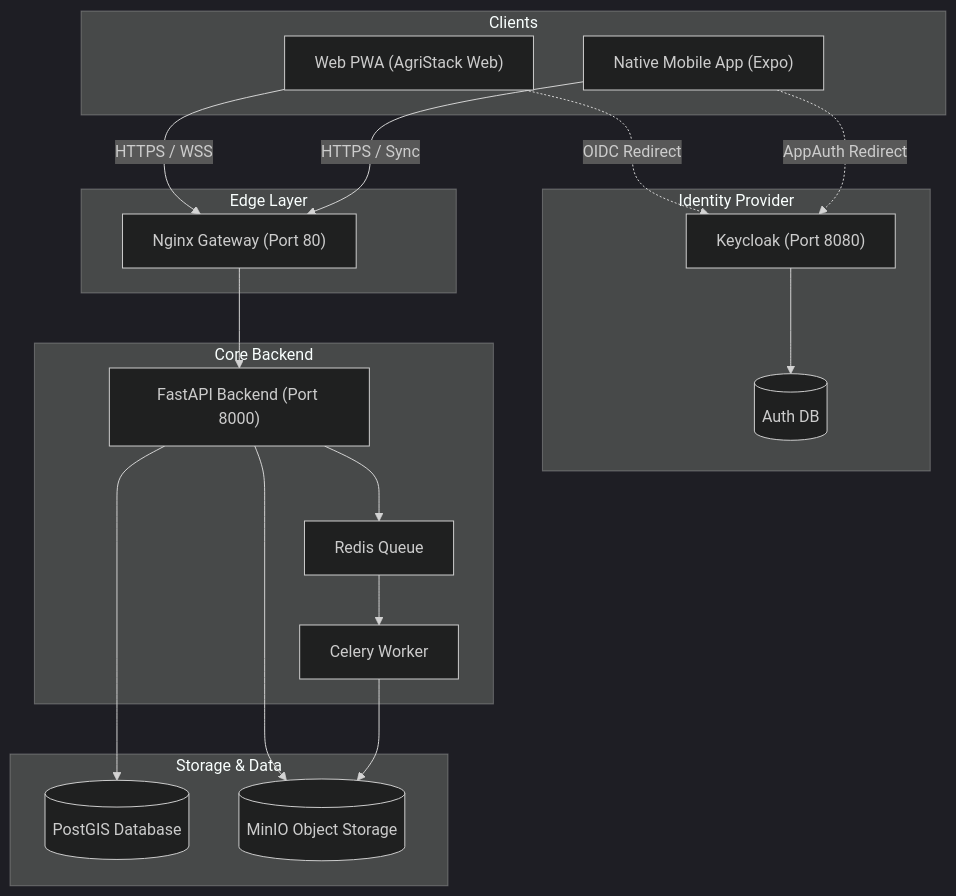
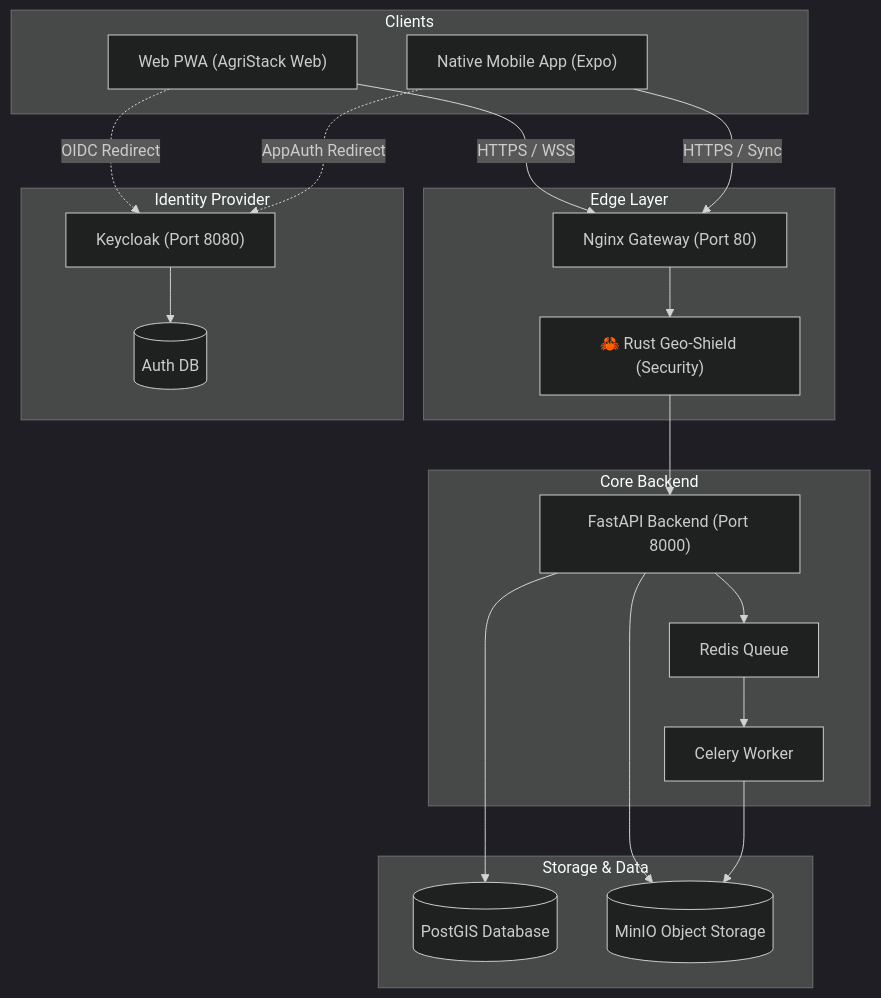
Before and after one commit to internetartsy/JK: the diagram in documentation/Architecture_Stack/FRONTEND_ECOSYSTEM_MASTER.md, drawn with Mermaid (dark theme). The commit also changed 2 other files, not shown here.

Commit message:
Arch: Add Rust Geo-Shield security architecture and initial scaffolding

````diff
--- a/documentation/Architecture_Stack/FRONTEND_ECOSYSTEM_MASTER.md
+++ b/documentation/Architecture_Stack/FRONTEND_ECOSYSTEM_MASTER.md
@@ -13,44 +13,46 @@
 ```mermaid
 graph TD
     subgraph Clients
         PWA["Web PWA (AgriStack Web)"]
         Mobile["Native Mobile App (Expo)"]
     end
 
     subgraph "Edge Layer"
         Nginx["Nginx Gateway (Port 80)"]
+        RustShield["🦀 Rust Geo-Shield (Security)"]
     end
 
     subgraph "Identity Provider"
         KC["Keycloak (Port 8080)"]
         DB_KC[("Auth DB")]
         KC --> DB_KC
     end
 
     subgraph "Core Backend"
         API["FastAPI Backend (Port 8000)"]
         Worker[Celery Worker]
         Redis[Redis Queue]
     end
 
     subgraph "Storage & Data"
         Postgres[("PostGIS Database")]
         MinIO[("MinIO Object Storage")]
     end
 
     %% Flows
     PWA -->|HTTPS / WSS| Nginx
     Mobile -->|HTTPS / Sync| Nginx
     
     %% Auth Flows (Direct Redirects)
     PWA -.->|OIDC Redirect| KC
     Mobile -.->|AppAuth Redirect| KC
     
     %% Internal
-    Nginx --> API
+    Nginx --> RustShield
+    RustShield --> API
     API --> Postgres
     API --> MinIO
     API --> Redis
     Redis --> Worker
     Worker --> MinIO
 ```
````
